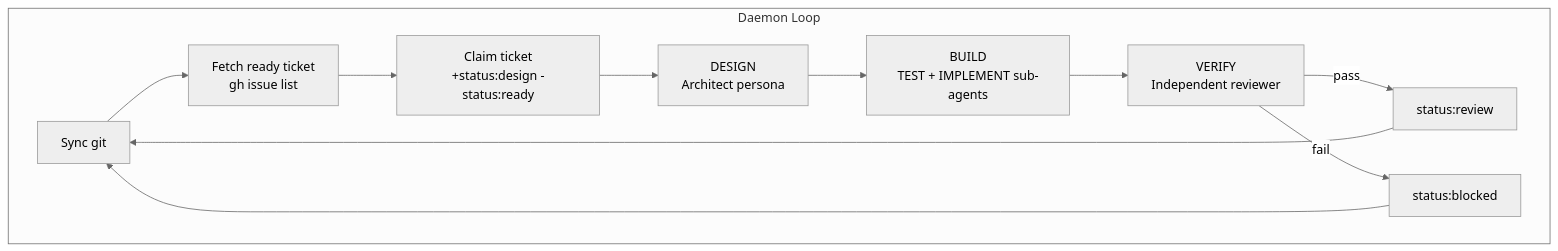
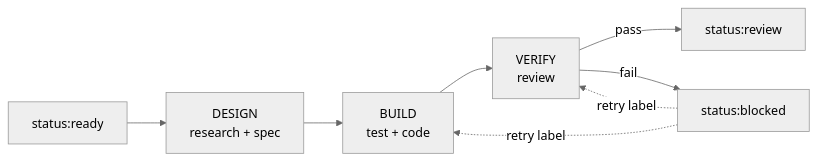
Before and after one commit to samdharma/ralph_loop: the diagram in README.md, drawn with Mermaid (neutral theme). The commit also changed other lines of this file and 3 other files, not shown here.

````diff
--- a/README.md
+++ b/README.md
@@ -66,14 +6,10 @@
 ```mermaid
-flowchart TB
-    subgraph Loop["Daemon Loop"]
-        S[Sync git] --> F[Fetch ready ticket<br/>gh issue list]
-        F --> C[Claim ticket<br/>+status:design -status:ready]
-        C --> D[DESIGN<br/>Architect persona]
-        D --> B[BUILD<br/>TEST + IMPLEMENT sub-agents]
-        B --> V[VERIFY<br/>Independent reviewer]
-        V -->|pass| R[status:review]
-        V -->|fail| BL[status:blocked]
-        R --> S
-        BL --> S
-    end
+flowchart LR
+    A[status:ready] --> B[DESIGN<br/>research + spec]
+    B --> C[BUILD<br/>test + code]
+    C --> D[VERIFY<br/>review]
+    D -->|pass| E[status:review]
+    D -->|fail| F[status:blocked]
+    F -.->|retry label| C
+    F -.->|retry label| D
 ```
````
